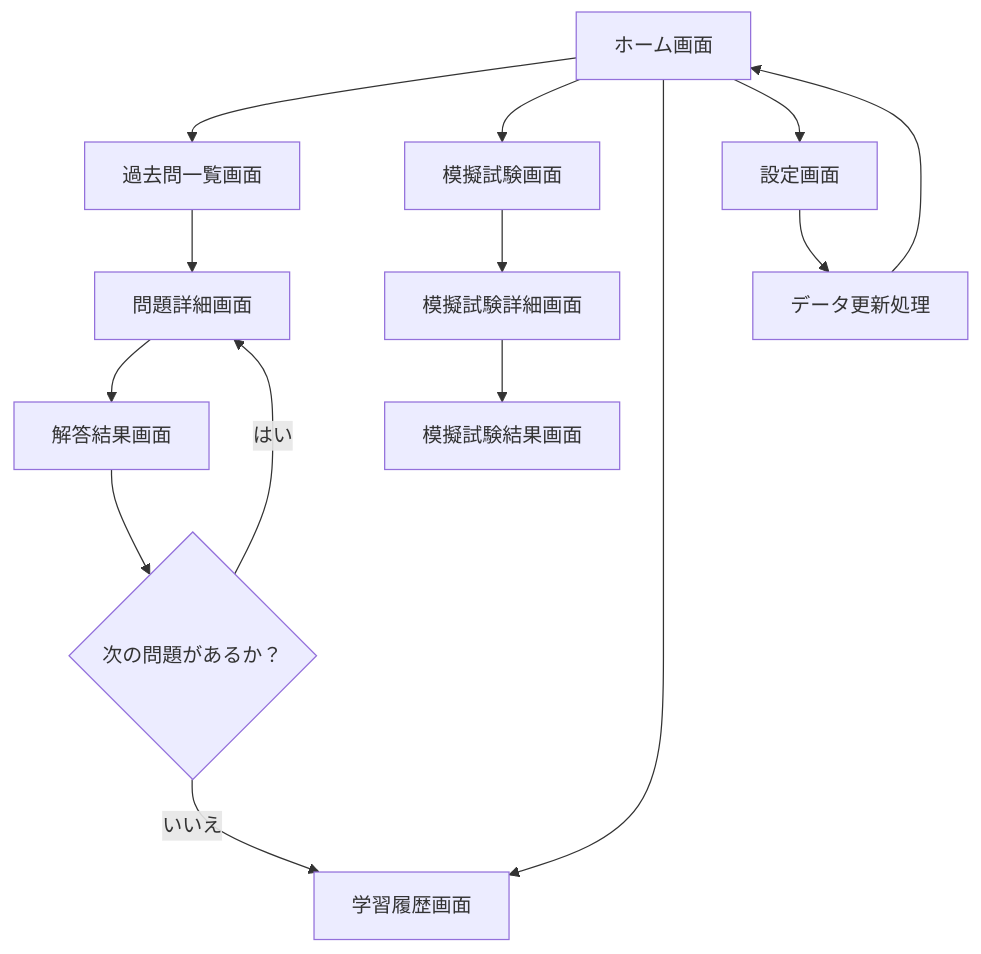
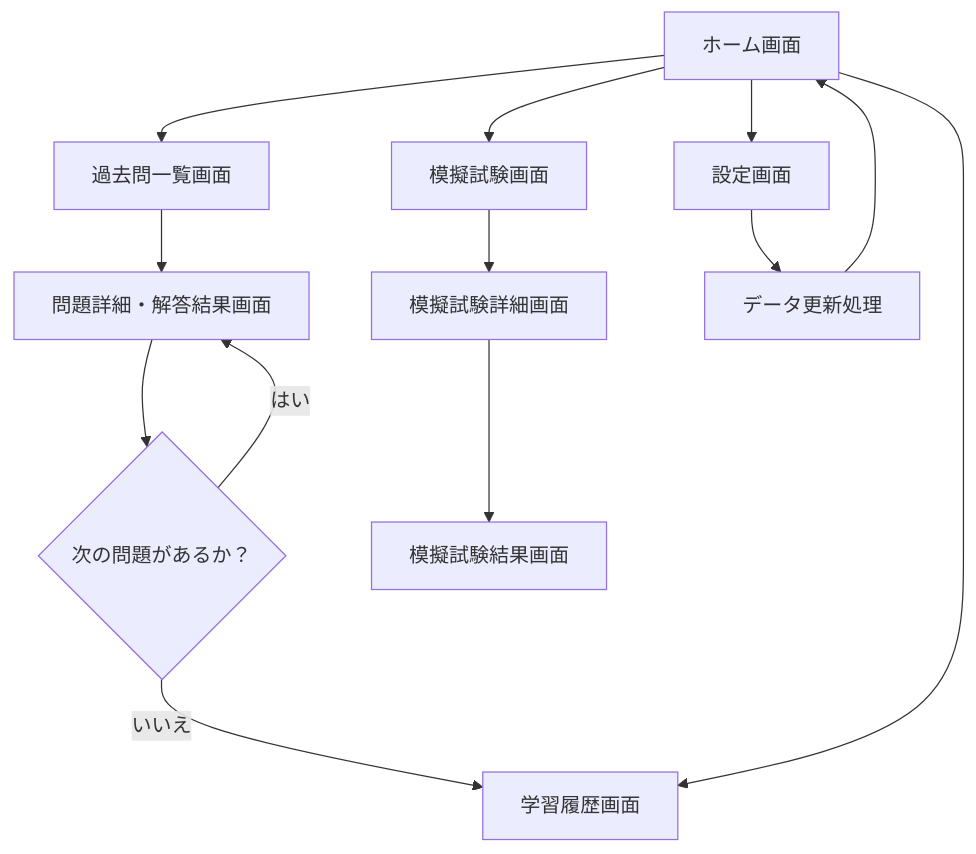
Before and after one commit to n-kazuyoshi268/code_lab: the first of 2 diagrams in ipa-master/document/basicDesign/要件定義書.md, drawn with Mermaid. The commit also changed other lines of this file and 12 other files, not shown here.

````diff
--- a/ipa-master/document/basicDesign/要件定義書.md
+++ b/ipa-master/document/basicDesign/要件定義書.md
@@ -65,16 +78,15 @@
 ```mermaid
 flowchart TB
     A[ホーム画面] --> B[過去問一覧画面]
-    B --> C[問題詳細画面]
-    C --> D[解答結果画面]
-    D --> E{次の問題があるか？}
-    E -- はい --> C
-    E -- いいえ --> F[学習履歴画面]
-    A --> G[模擬試験画面]
-    G --> H[模擬試験詳細画面]
-    H --> I[模擬試験結果画面]
-    A --> F
-    A --> J[設定画面]
-    J --> K[データ更新処理]
-    K --> A
+    B --> C[問題詳細・解答結果画面]
+    C --> D{次の問題があるか？}
+    D -- はい --> C
+    D -- いいえ --> E[学習履歴画面]
+    A --> F[模擬試験画面]
+    F --> G[模擬試験詳細画面]
+    G --> H[模擬試験結果画面]
+    A --> E
+    A --> I[設定画面]
+    I --> J[データ更新処理]
+    J --> A
 ```
````
